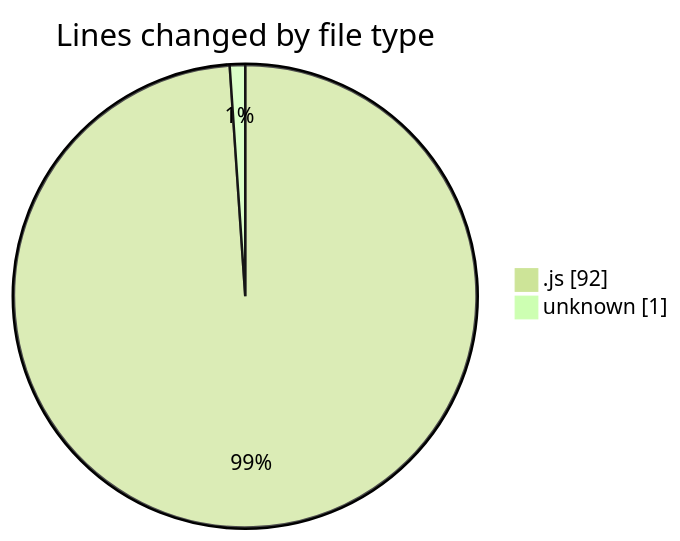
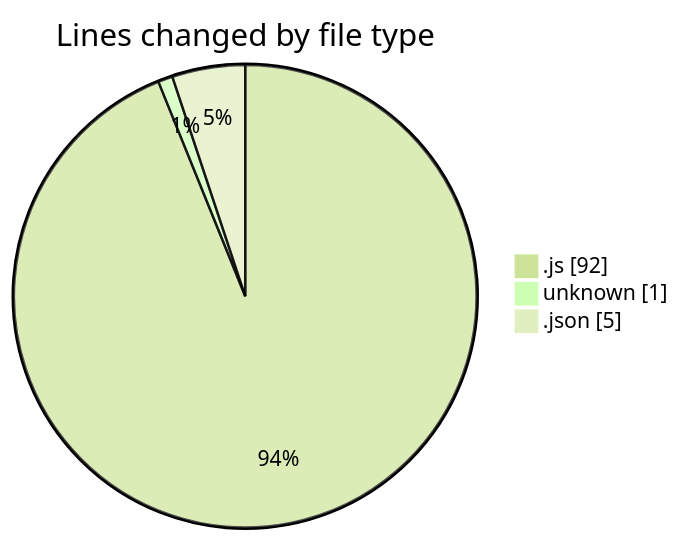
One commit to BS-eng2023/code-tracking changed the first of 2 diagrams in 2025-03-27/vms-backend/README.md. Above: the diagram before and after it, drawn with Mermaid (forest theme). The commit also changed other lines of this file and 1 other file, not shown here.

````diff
--- a/2025-03-27/vms-backend/README.md
+++ b/2025-03-27/vms-backend/README.md
@@ -24,6 +25,7 @@
 ```mermaid
 pie showData
 title Lines changed by file type
 ".js" : 92
 "unknown" : 1
+".json" : 5
 ```
````
